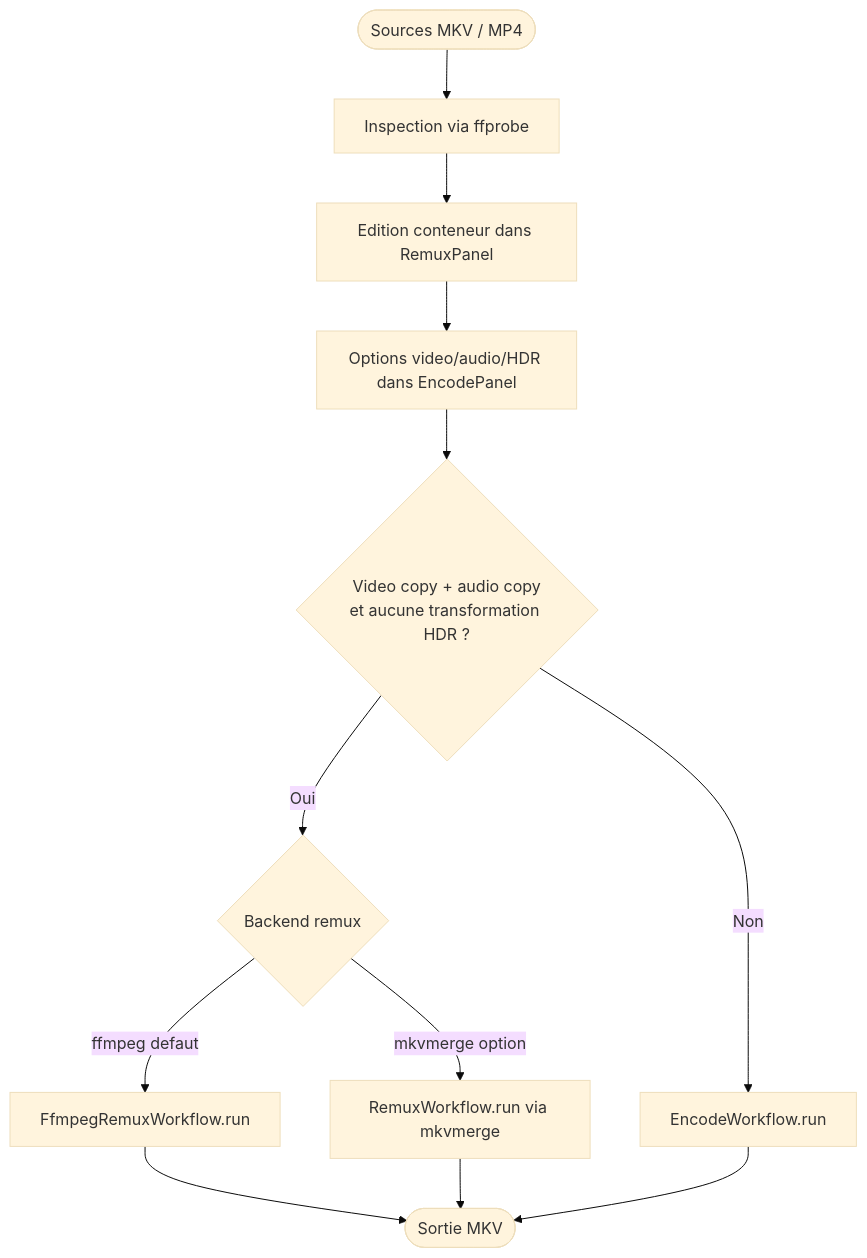
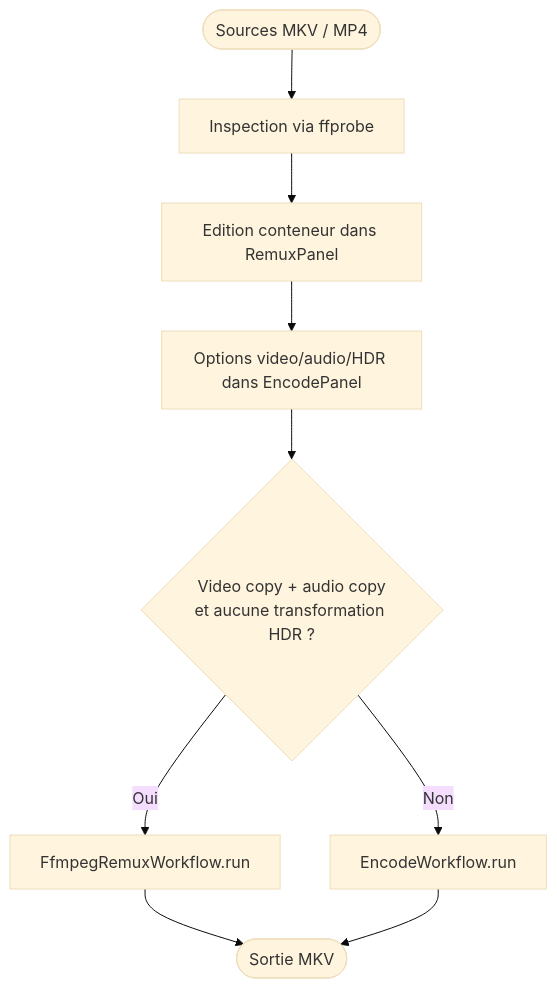
One commit to Hydro74000/muxiveo changed the first of 5 diagrams in README.md. Above: the diagram before and after it, drawn with Mermaid (base theme). The commit also changed other lines of this file, not shown here.

Commit message:
docs: align README with ffmpeg-only remux workflow

````diff
--- a/README.md
+++ b/README.md
@@ -325,16 +323,13 @@
 ```mermaid
 flowchart TD
     A([Sources MKV / MP4]) --> B[Inspection via ffprobe]
     B --> C[Edition conteneur dans RemuxPanel]
     C --> D[Options video/audio/HDR dans EncodePanel]
     D --> E{Video copy + audio copy\net aucune transformation HDR ?}
 
-    E -->|Oui| F{Backend remux}
-    F -->|ffmpeg defaut| G[FfmpegRemuxWorkflow.run]
-    F -->|mkvmerge option| H[RemuxWorkflow.run via mkvmerge]
+    E -->|Oui| G[FfmpegRemuxWorkflow.run]
     G --> Z
-    H --> Z
 
     E -->|Non| I[EncodeWorkflow.run]
     I --> Z([Sortie MKV])
 ```
````
